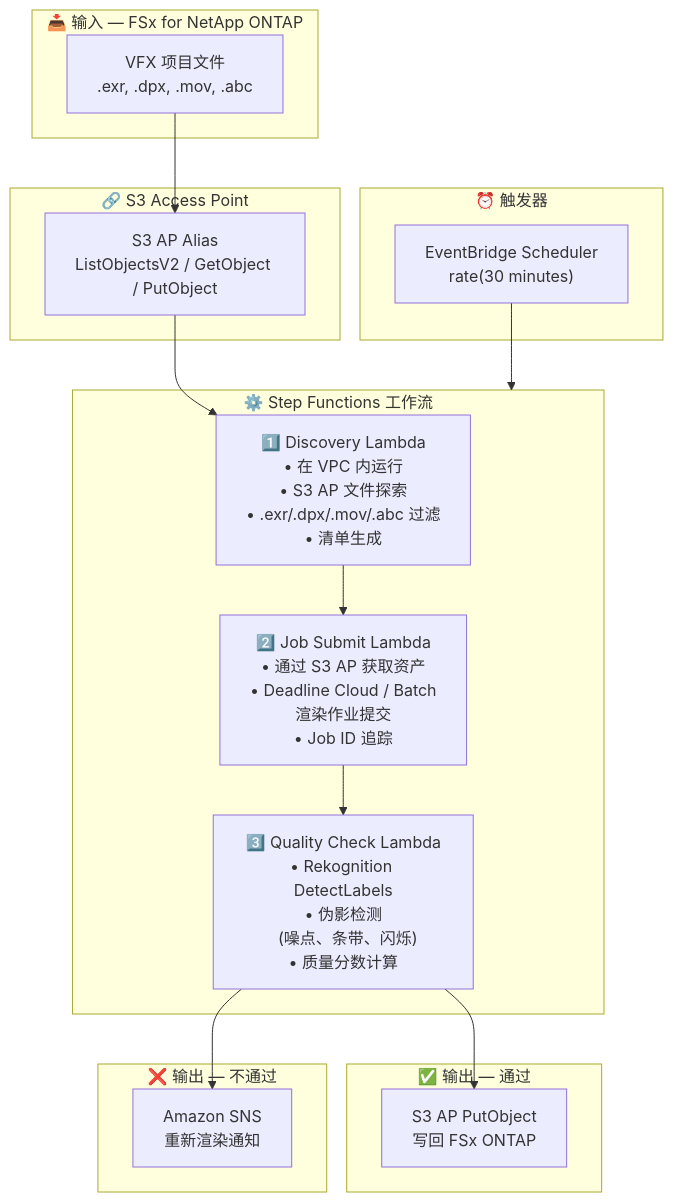
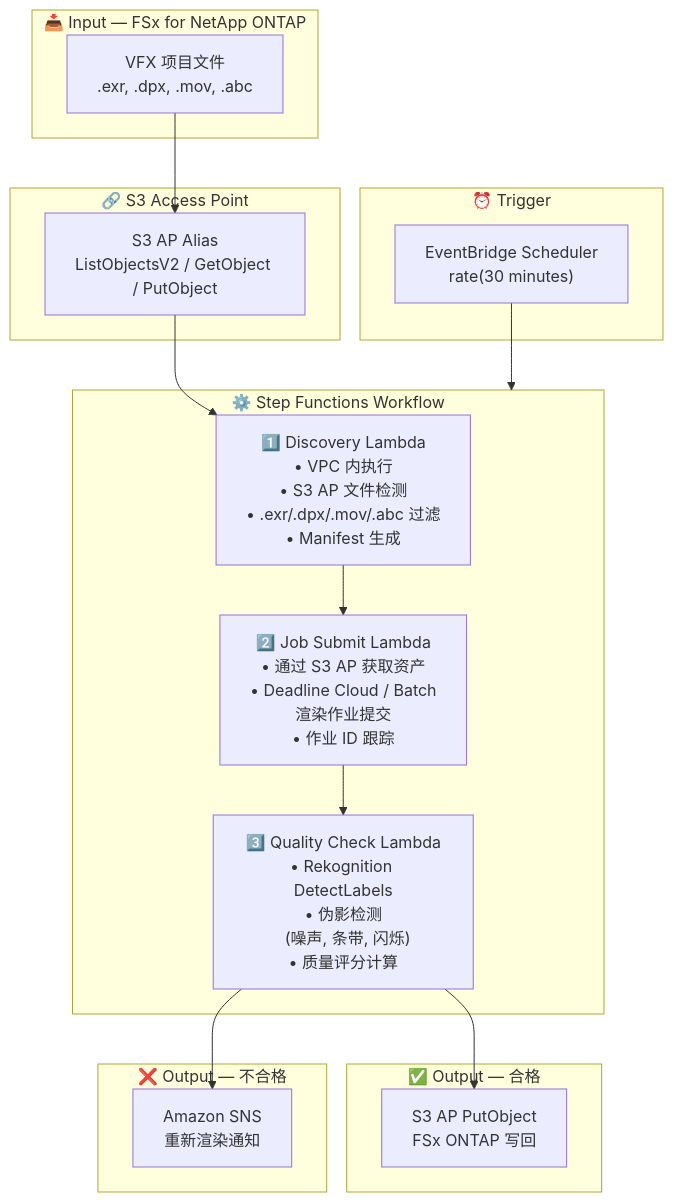
The diagram in media-vfx/docs/architecture.zh-CN.md (Yoshiki0705/FSx-for-ONTAP-S3AccessPoints-Serverless-Patterns), drawn with Mermaid before and after one commit. The commit also changed other lines of this file and 54 other files, not shown here.

````diff
--- a/media-vfx/docs/architecture.zh-CN.md
+++ b/media-vfx/docs/architecture.zh-CN.md
@@ -11,36 +13,36 @@
 ```mermaid
 flowchart TB
-    subgraph INPUT["📥 输入 — FSx for NetApp ONTAP"]
+    subgraph INPUT["📥 Input — FSx for NetApp ONTAP"]
         VFX["VFX 项目文件<br/>.exr, .dpx, .mov, .abc"]
     end
 
     subgraph S3AP["🔗 S3 Access Point"]
         ALIAS["S3 AP Alias<br/>ListObjectsV2 / GetObject / PutObject"]
     end
 
-    subgraph TRIGGER["⏰ 触发器"]
+    subgraph TRIGGER["⏰ Trigger"]
         EB["EventBridge Scheduler<br/>rate(30 minutes)"]
     end
 
-    subgraph SFN["⚙️ Step Functions 工作流"]
-        DISC["1️⃣ Discovery Lambda<br/>• 在 VPC 内运行<br/>• S3 AP 文件探索<br/>• .exr/.dpx/.mov/.abc 过滤<br/>• 清单生成"]
-        JS["2️⃣ Job Submit Lambda<br/>• 通过 S3 AP 获取资产<br/>• Deadline Cloud / Batch<br/>  渲染作业提交<br/>• Job ID 追踪"]
-        QC["3️⃣ Quality Check Lambda<br/>• Rekognition DetectLabels<br/>• 伪影检测<br/>  (噪点、条带、闪烁)<br/>• 质量分数计算"]
+    subgraph SFN["⚙️ Step Functions Workflow"]
+        DISC["1️⃣ Discovery Lambda<br/>• VPC 内执行<br/>• S3 AP 文件检测<br/>• .exr/.dpx/.mov/.abc 过滤<br/>• Manifest 生成"]
+        JS["2️⃣ Job Submit Lambda<br/>• 通过 S3 AP 获取资产<br/>• Deadline Cloud / Batch<br/>  渲染作业提交<br/>• 作业 ID 跟踪"]
+        QC["3️⃣ Quality Check Lambda<br/>• Rekognition DetectLabels<br/>• 伪影检测<br/>  (噪声, 条带, 闪烁)<br/>• 质量评分计算"]
     end
 
-    subgraph OUTPUT_PASS["✅ 输出 — 通过"]
-        PUTBACK["S3 AP PutObject<br/>写回 FSx ONTAP"]
+    subgraph OUTPUT_PASS["✅ Output — 合格"]
+        PUTBACK["S3 AP PutObject<br/>FSx ONTAP 写回"]
     end
 
-    subgraph OUTPUT_FAIL["❌ 输出 — 不通过"]
+    subgraph OUTPUT_FAIL["❌ Output — 不合格"]
         SNS["Amazon SNS<br/>重新渲染通知"]
     end
 
     VFX --> ALIAS
     ALIAS --> DISC
     EB --> SFN
     DISC --> JS
     JS --> QC
     QC --> PUTBACK
     QC --> SNS
 ```
````
